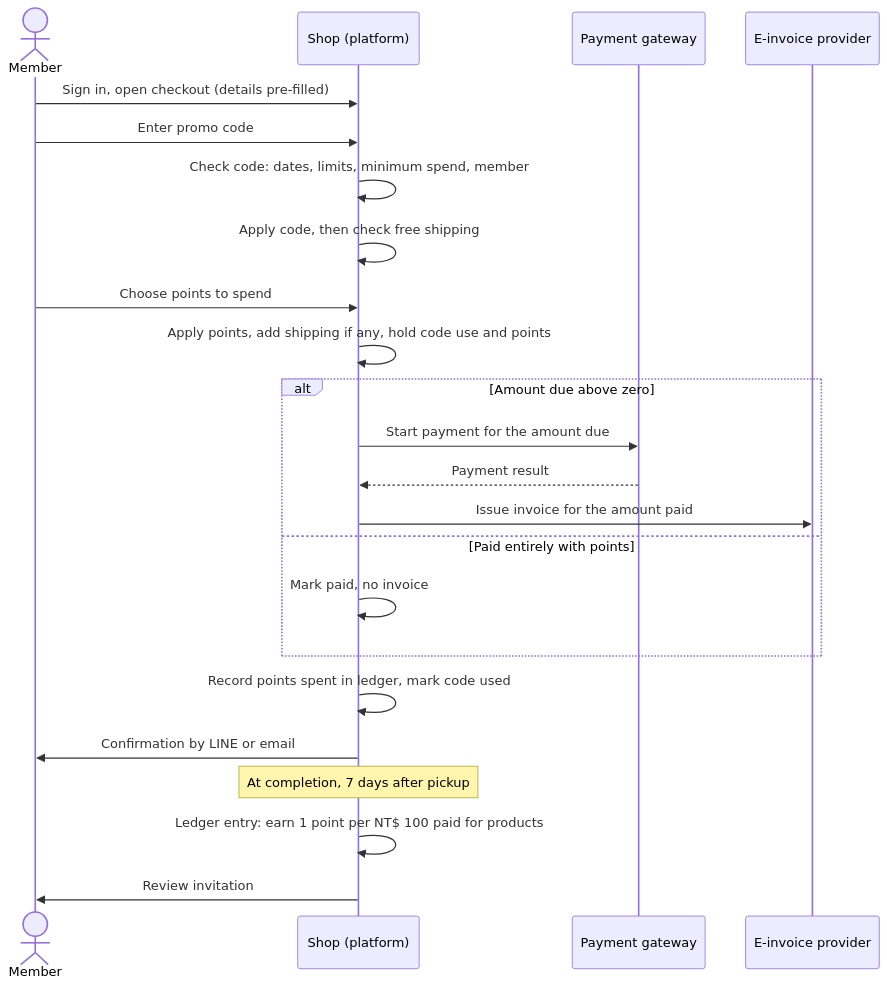
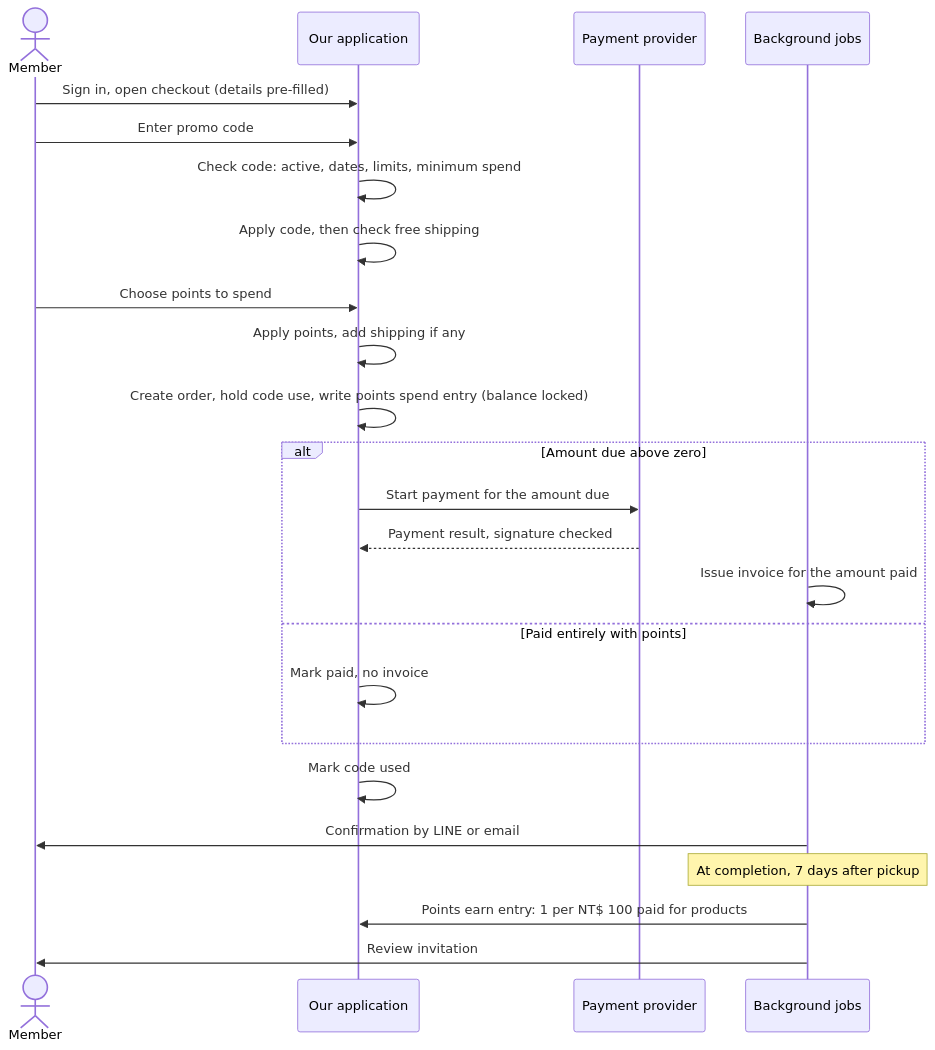
The third of 5 diagrams in docs/payment-system-design.md (averyhsu/dr-wellsey-site), drawn with Mermaid before and after one commit. The commit also changed other lines of this file, not shown here.

First line of the commit message:
Revise design for a custom-built system instead of a hosted platform

````diff
--- a/docs/payment-system-design.md
+++ b/docs/payment-system-design.md
@@ -244,25 +330,26 @@
 ```mermaid
 sequenceDiagram
     actor M as Member
-    participant S as Shop (platform)
-    participant P as Payment gateway
-    participant I as E-invoice provider
-    M->>S: Sign in, open checkout (details pre-filled)
-    M->>S: Enter promo code
-    S->>S: Check code: dates, limits, minimum spend, member
-    S->>S: Apply code, then check free shipping
-    M->>S: Choose points to spend
-    S->>S: Apply points, add shipping if any, hold code use and points
+    participant A as Our application
+    participant P as Payment provider
+    participant J as Background jobs
+    M->>A: Sign in, open checkout (details pre-filled)
+    M->>A: Enter promo code
+    A->>A: Check code: active, dates, limits, minimum spend
+    A->>A: Apply code, then check free shipping
+    M->>A: Choose points to spend
+    A->>A: Apply points, add shipping if any
+    A->>A: Create order, hold code use, write points spend entry (balance locked)
     alt Amount due above zero
-        S->>P: Start payment for the amount due
-        P-->>S: Payment result
-        S->>I: Issue invoice for the amount paid
+        A->>P: Start payment for the amount due
+        P-->>A: Payment result, signature checked
+        J->>J: Issue invoice for the amount paid
     else Paid entirely with points
-        S->>S: Mark paid, no invoice
+        A->>A: Mark paid, no invoice
     end
-    S->>S: Record points spent in ledger, mark code used
-    S->>M: Confirmation by LINE or email
-    Note over S: At completion, 7 days after pickup
-    S->>S: Ledger entry: earn 1 point per NT$ 100 paid for products
-    S->>M: Review invitation
+    A->>A: Mark code used
+    J->>M: Confirmation by LINE or email
+    Note over J: At completion, 7 days after pickup
+    J->>A: Points earn entry: 1 per NT$ 100 paid for products
+    J->>M: Review invitation
 ```
````
